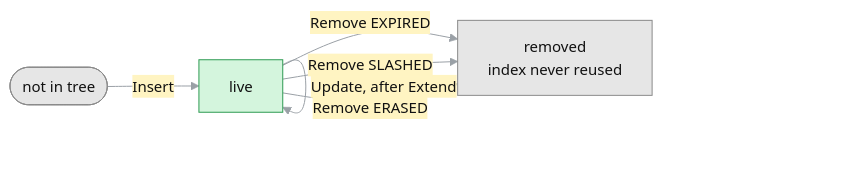
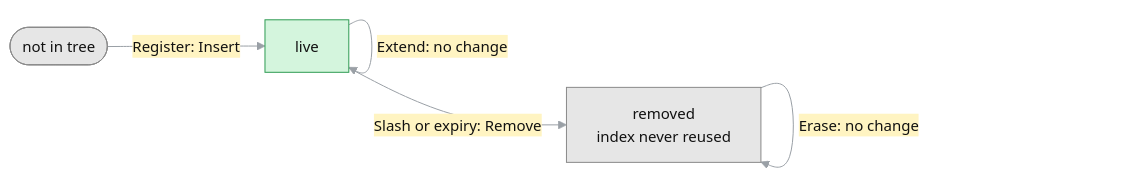
The third of 5 diagrams in docs/rfc-rln-membership-zone.md (logos-co/logos-rln-membership-zone), drawn with Mermaid before and after one commit. The commit also changed other lines of this file, not shown here.

````diff
--- a/docs/rfc-rln-membership-zone.md
+++ b/docs/rfc-rln-membership-zone.md
@@ -468,14 +290,13 @@
 ```mermaid
 %%{init: {"theme": "base", "themeVariables": {"lineColor": "#9aa0a6", "primaryTextColor": "#111111", "edgeLabelBackground": "#fff4c2", "fontSize": "15px"}}}%%
 flowchart LR
-    ABS(["not in tree"]) -->|"Insert"| LIVE["live"]
-    LIVE -->|"Update, after Extend"| LIVE
-    LIVE -->|"Remove EXPIRED"| REM["removed<br/>index never reused"]
-    LIVE -->|"Remove SLASHED"| REM
-    LIVE -->|"Remove ERASED"| REM
+    ABS(["not in tree"]) -->|"Register: Insert"| LIVE["live"]
+    LIVE -->|"Extend: no change"| LIVE
+    LIVE -->|"Slash or expiry: Remove"| REM["removed<br/>index never reused"]
+    REM -->|"Erase: no change"| REM
 
     classDef live fill:#d4f5dd,stroke:#2e9b52,color:#111111
     classDef done fill:#e6e6e6,stroke:#8a8a8a,color:#111111
     class ABS,REM done
     class LIVE live
 ```
````
